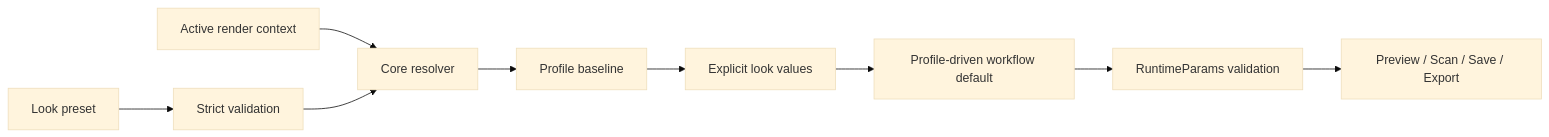
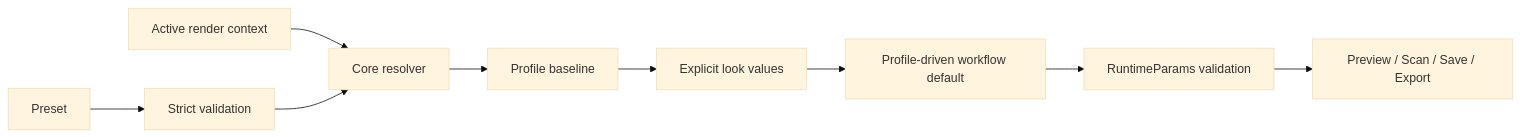
The second of 2 diagrams in specs/presets/spec.md (suraciii/spektrafilm-rs), drawn with Mermaid (base theme) before and after one commit. The commit also changed other lines of this file and 5 other files, not shown here.

````diff
--- a/specs/presets/spec.md
+++ b/specs/presets/spec.md
@@ -83,11 +111,11 @@
 ```mermaid
 flowchart LR
-    P["Look preset"] --> V["Strict validation"]
+    P["Preset"] --> V["Strict validation"]
     C["Active render context"] --> R["Core resolver"]
     V --> R
     R --> B["Profile baseline"]
     B --> L["Explicit look values"]
     L --> W["Profile-driven workflow default"]
     W --> Q["RuntimeParams validation"]
     Q --> O["Preview / Scan / Save / Export"]
 ```
````
